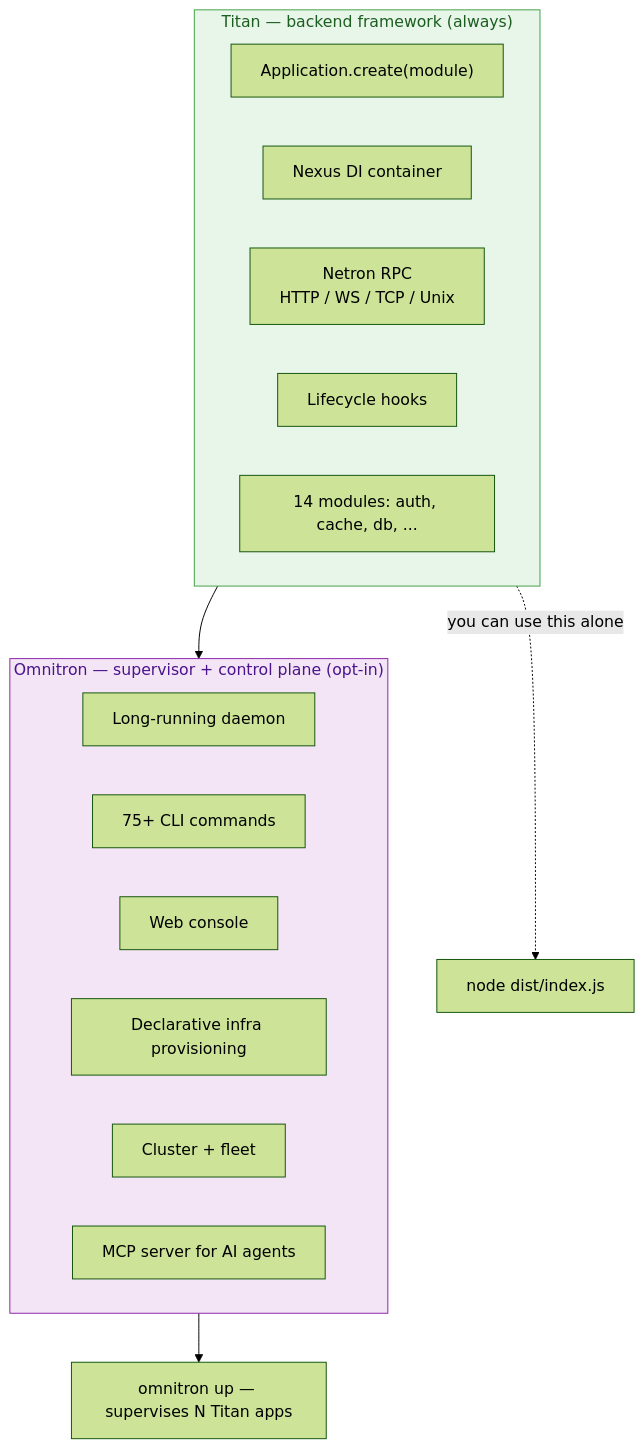
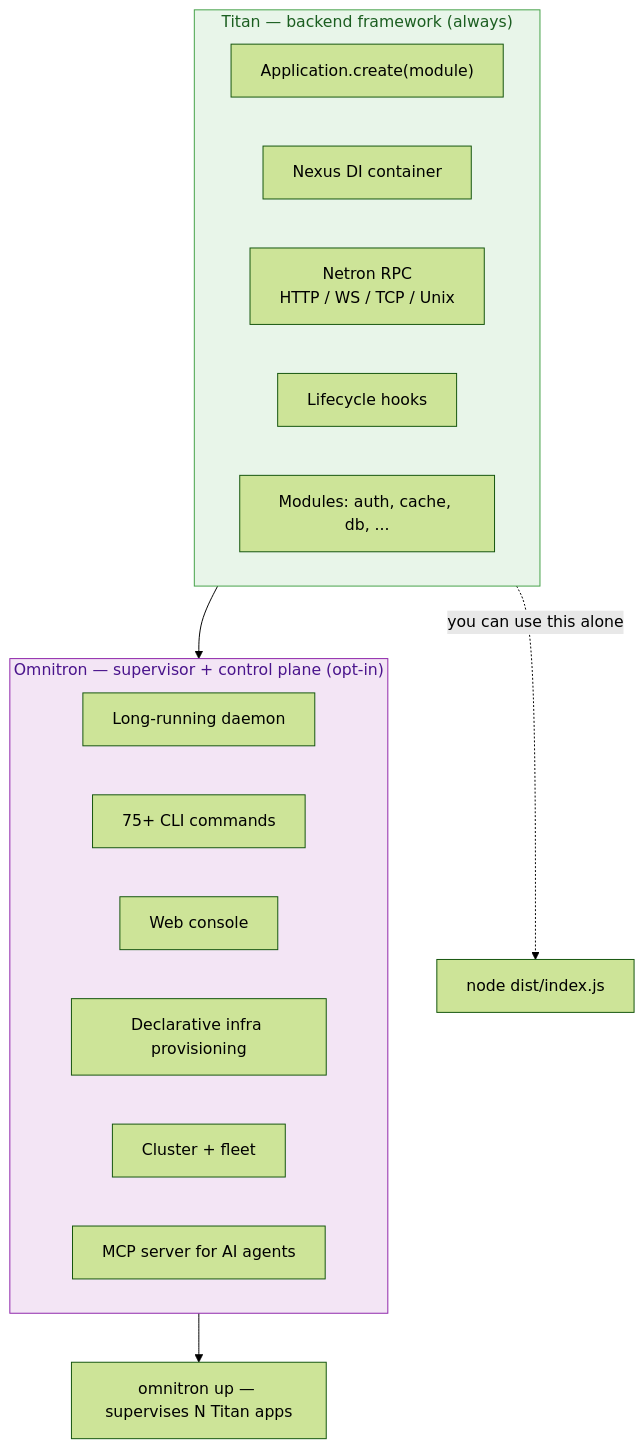
One commit to omnitron-dev/website changed the diagram in docs/foundations/titan-vs-omnitron.md. Above: the diagram before and after it, drawn with Mermaid (forest theme). The commit also changed other lines of this file and 44 other files, not shown here.

````diff
--- a/docs/foundations/titan-vs-omnitron.md
+++ b/docs/foundations/titan-vs-omnitron.md
@@ -21,30 +21,30 @@
 ```mermaid
 flowchart TB
   subgraph Titan["Titan — backend framework (always)"]
     direction LR
     App["Application.create(module)"]
     DI[Nexus DI container]
     Net[Netron RPC<br/>HTTP / WS / TCP / Unix]
     Lif[Lifecycle hooks]
-    Mods[14 modules: auth, cache, db, ...]
+    Mods[Modules: auth, cache, db, ...]
   end
 
   subgraph Omnitron["Omnitron — supervisor + control plane (opt-in)"]
     direction LR
     Daemon[Long-running daemon]
     CLI[75+ CLI commands]
     Console[Web console]
     Infra[Declarative infra provisioning]
     Cluster[Cluster + fleet]
     MCP[MCP server for AI agents]
   end
 
   Titan -. you can use this alone .-> Run1[node dist/index.js]
   Titan --> Omnitron
   Omnitron --> Run2[omnitron up — supervises N Titan apps]
 
   classDef titan fill:#e8f5e9,stroke:#43a047,color:#1b5e20
   classDef omni fill:#f3e5f5,stroke:#8e24aa,color:#4a148c
   class Titan titan
   class Omnitron omni
 ```
````
